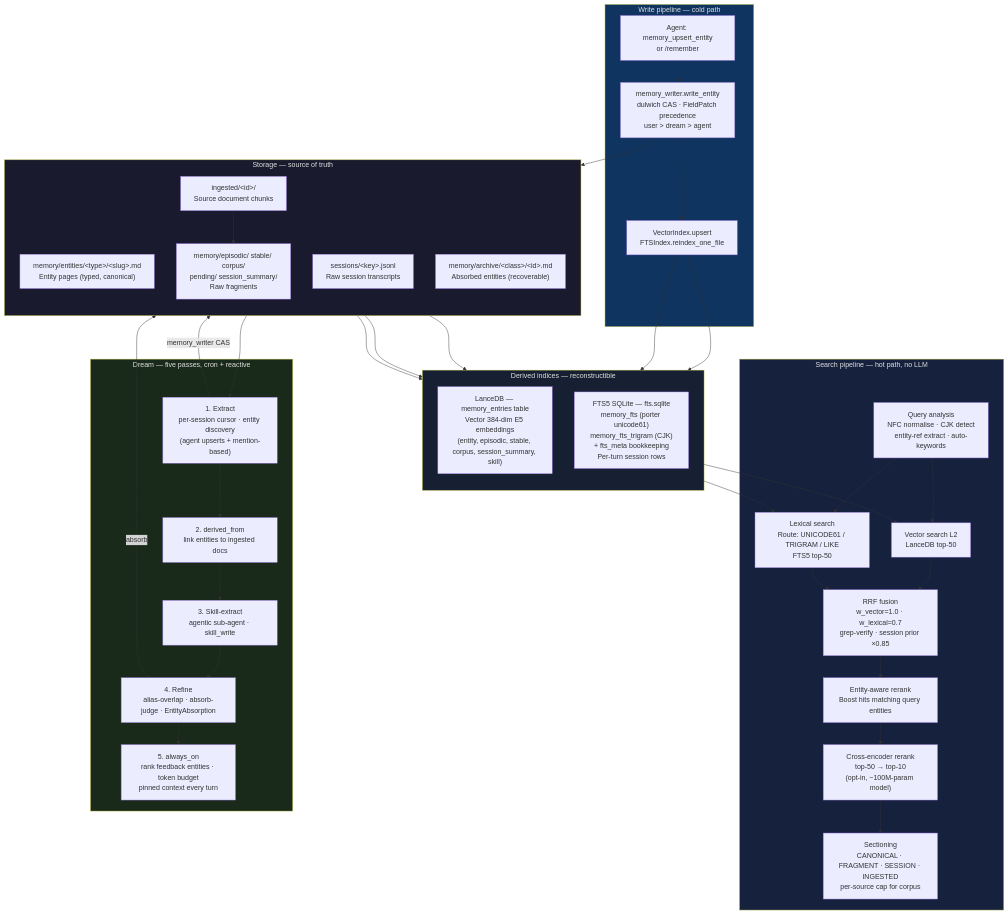
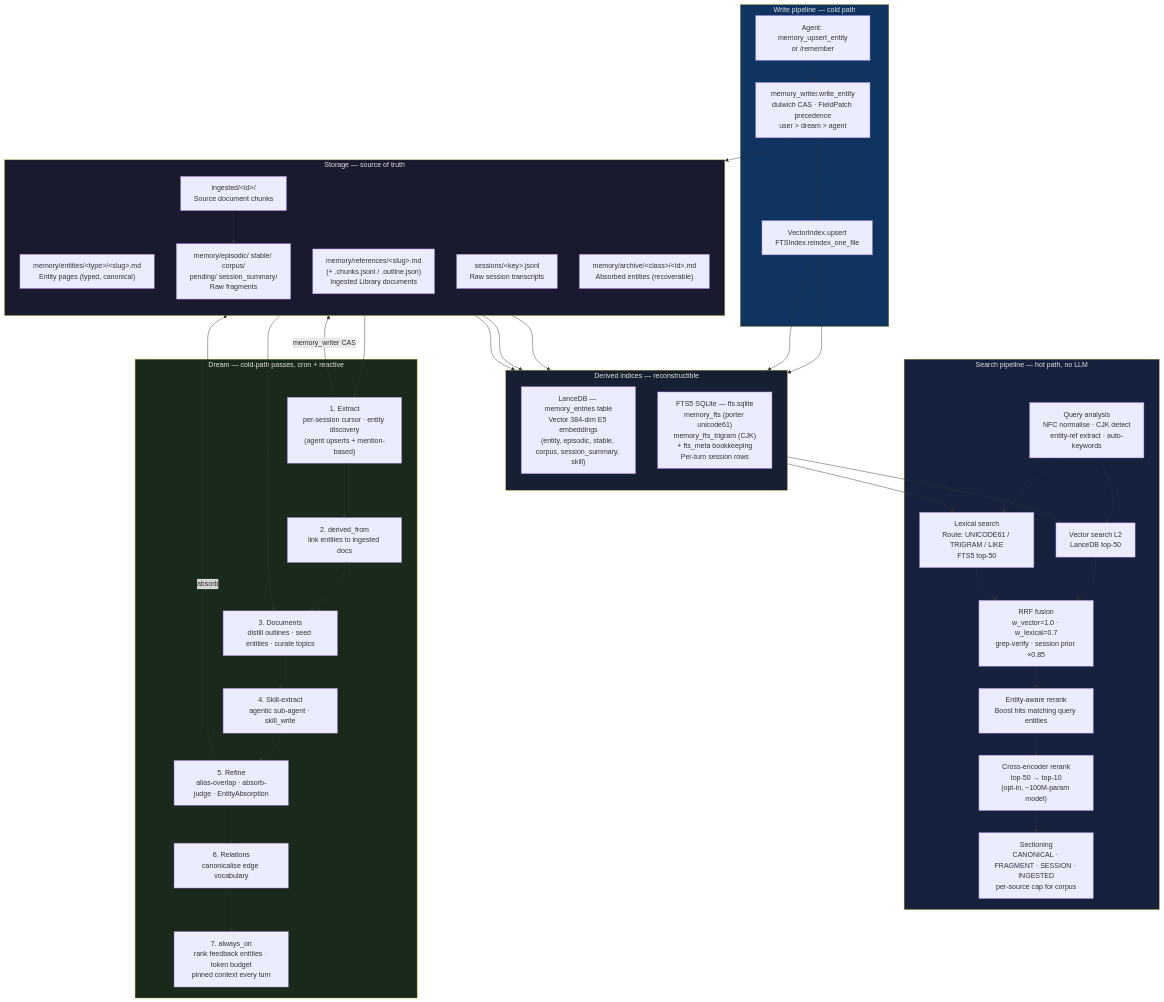
One commit to mmarmol/durin changed the diagram in docs/internals/memory/00_overview.md. Above: the diagram before and after it, drawn with Mermaid. The commit also changed other lines of this file and 31 other files, not shown here.

```diff
--- a/docs/internals/memory/00_overview.md
+++ b/docs/internals/memory/00_overview.md
@@ -56,6 +57,7 @@
         direction TB
         MD_ENTITIES["memory/entities/&lt;type&gt;/&lt;slug&gt;.md\nEntity pages (typed, canonical)"]
         MD_FRAGS["memory/episodic/ stable/ corpus/\npending/ session_summary/\nRaw fragments"]
+        LIBRARY["memory/references/&lt;slug&gt;.md\n(+ .chunks.jsonl / .outline.json)\nIngested Library documents"]
         SESSIONS["sessions/&lt;key&gt;.jsonl\nRaw session transcripts"]
         INGESTED["ingested/&lt;id&gt;/\nSource document chunks"]
         ARCHIVE["memory/archive/&lt;class&gt;/&lt;id&gt;.md\nAbsorbed entities (recoverable)"]
@@ -83,12 +85,14 @@
         UPSERT["VectorIndex.upsert\nFTSIndex.reindex_one_file"]
     end
 
-    subgraph DREAM["Dream — five passes, cron + reactive"]
+    subgraph DREAM["Dream — cold-path passes, cron + reactive"]
         D_EXTRACT["1. Extract\nper-session cursor · entity discovery\n(agent upserts + mention-based)"]
         D_DERIVED["2. derived_from\nlink entities to ingested docs"]
-        D_SKILL["3. Skill-extract\nagentic sub-agent · skill_write"]
-        D_REFINE["4. Refine\nalias-overlap · absorb-judge · EntityAbsorption"]
-        D_ALWAYS["5. always_on\nrank feedback entities · token budget\npinned context every turn"]
+        D_DOCS["3. Documents\ndistill outlines · seed entities · curate topics"]
+        D_SKILL["4. Skill-extract\nagentic sub-agent · skill_write"]
+        D_REFINE["5. Refine\nalias-overlap · absorb-judge · EntityAbsorption"]
+        D_REL["6. Relations\ncanonicalise edge vocabulary"]
+        D_ALWAYS["7. always_on\nrank feedback entities · token budget\npinned context every turn"]
     end
 
     AGENT_WRITE --> MW
@@ -101,6 +105,7 @@
     MD_FRAGS --> LANCE
     SESSIONS --> FTS
     INGESTED --> MD_FRAGS
+    LIBRARY --> D_DOCS
 
     LANCE --> VEC
     FTS --> LEX
@@ -116,10 +121,12 @@
     SESSIONS --> D_EXTRACT
     D_EXTRACT -->|"memory_writer CAS"| MD_ENTITIES
     D_EXTRACT --> D_DERIVED
-    D_DERIVED --> D_SKILL
+    D_DERIVED --> D_DOCS
+    D_DOCS --> D_SKILL
     D_SKILL --> D_REFINE
     D_REFINE -->|"absorb"| ARCHIVE
-    D_REFINE --> D_ALWAYS
+    D_REFINE --> D_REL
+    D_REL --> D_ALWAYS
 
     style STORAGE fill:#1a1a2e,color:#e0e0e0
     style INDICES fill:#162032,color:#e0e0e0
```
